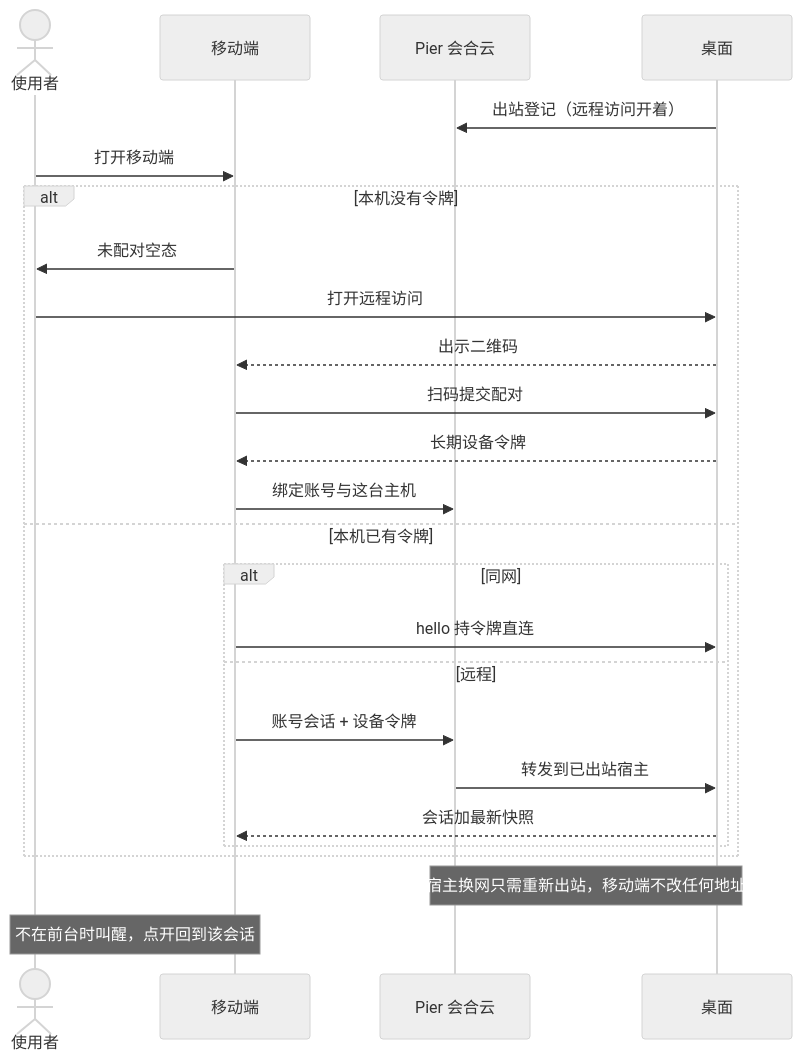
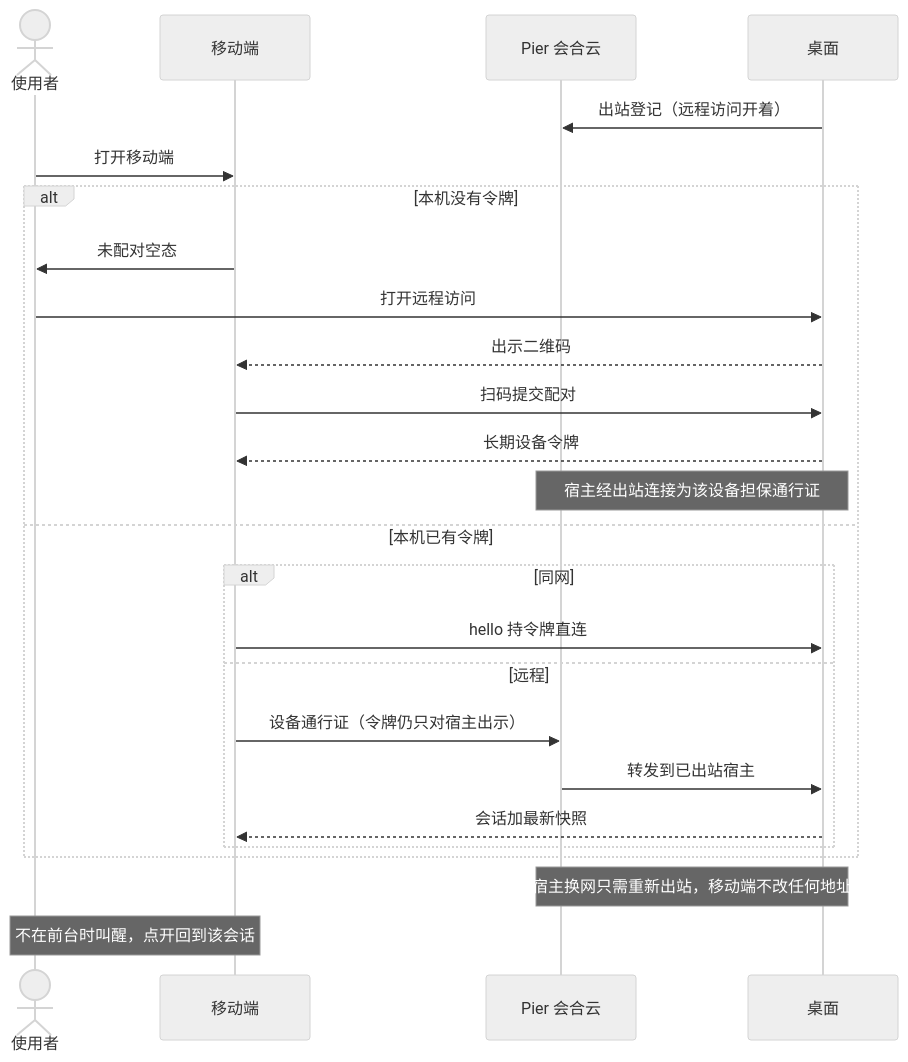
One commit to runloom/pier changed the second of 2 diagrams in docs/superpowers/specs/2026-08-26-mobile-companion-design.md. Above: the diagram before and after it, drawn with Mermaid (neutral theme). The commit also changed other lines of this file and 157 other files, not shown here.

````diff
--- a/docs/superpowers/specs/2026-08-26-mobile-companion-design.md
+++ b/docs/superpowers/specs/2026-08-26-mobile-companion-design.md
@@ -364,27 +390,27 @@
 ```mermaid
 sequenceDiagram
     actor User as 使用者
     participant Phone as 移动端
     participant Cloud as Pier 会合云
     participant Desk as 桌面
     Desk->>Cloud: 出站登记（远程访问开着）
     User->>Phone: 打开移动端
     alt 本机没有令牌
         Phone->>User: 未配对空态
         User->>Desk: 打开远程访问
         Desk-->>Phone: 出示二维码
         Phone->>Desk: 扫码提交配对
         Desk-->>Phone: 长期设备令牌
-        Phone->>Cloud: 绑定账号与这台主机
+        Note over Cloud,Desk: 宿主经出站连接为该设备担保通行证
     else 本机已有令牌
         alt 同网
             Phone->>Desk: hello 持令牌直连
         else 远程
-            Phone->>Cloud: 账号会话 + 设备令牌
+            Phone->>Cloud: 设备通行证（令牌仍只对宿主出示）
             Cloud->>Desk: 转发到已出站宿主
             Desk-->>Phone: 会话加最新快照
         end
     end
     Note over Desk,Cloud: 宿主换网只需重新出站，移动端不改任何地址
     Note over Phone,User: 不在前台时叫醒，点开回到该会话
 ```
````
